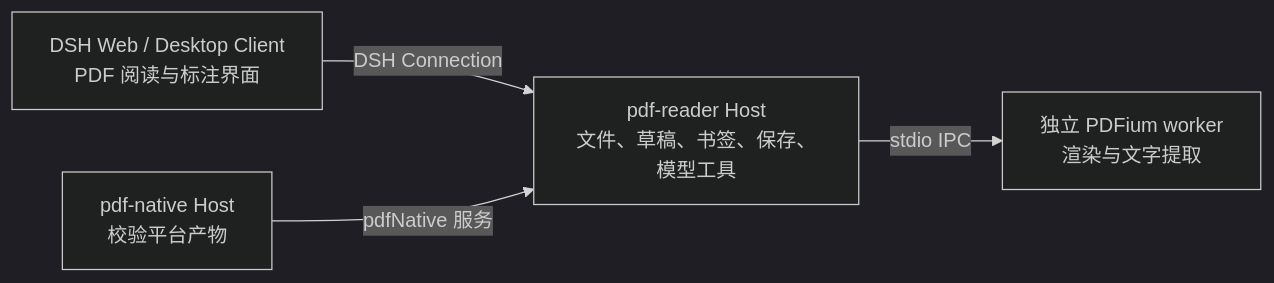
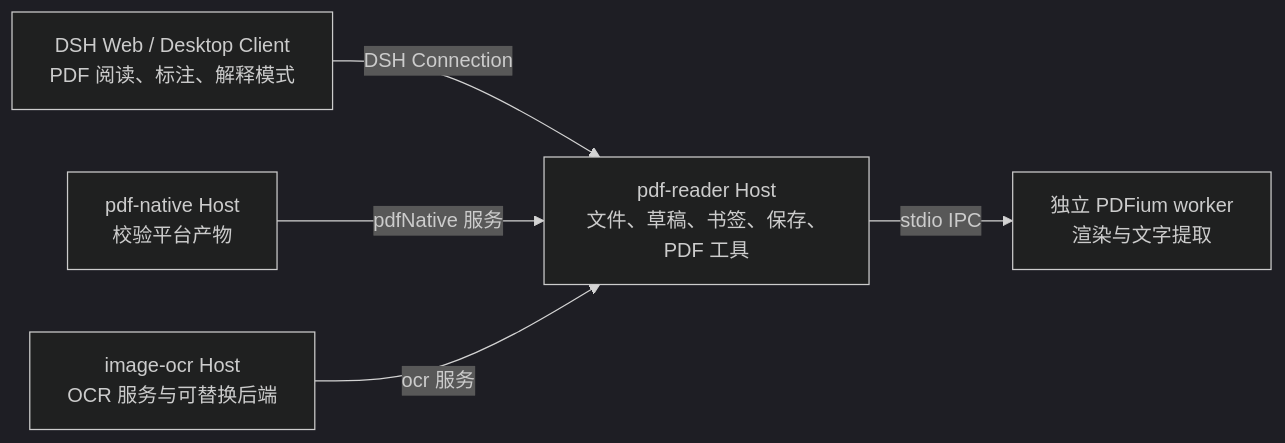
One commit to dingyiliao/dsh-bundle-pdf changed the diagram in README.md. Above: the diagram before and after it, drawn with Mermaid (dark theme). The commit also changed other lines of this file and 80 other files, not shown here.

Commit message:
feat(pdf): integrate OCR, explanation mode and model tools

````diff
--- a/README.md
+++ b/README.md
@@ -26,6 +26,7 @@
 ```mermaid
 flowchart LR
-  C["DSH Web / Desktop Client<br/>PDF 阅读与标注界面"] -->|DSH Connection| H["pdf-reader Host<br/>文件、草稿、书签、保存、模型工具"]
+  C["DSH Web / Desktop Client<br/>PDF 阅读、标注、解释模式"] -->|DSH Connection| H["pdf-reader Host<br/>文件、草稿、书签、保存、PDF 工具"]
   N["pdf-native Host<br/>校验平台产物"] -->|pdfNative 服务| H
+  O["image-ocr Host<br/>OCR 服务与可替换后端"] -->|ocr 服务| H
   H -->|stdio IPC| W["独立 PDFium worker<br/>渲染与文字提取"]
 ```
````
